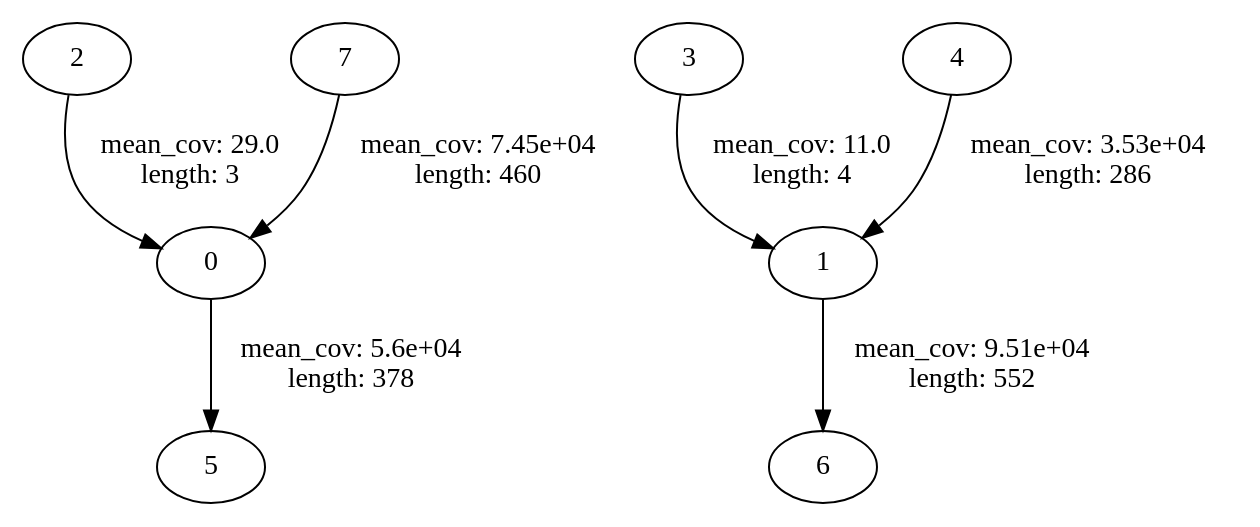
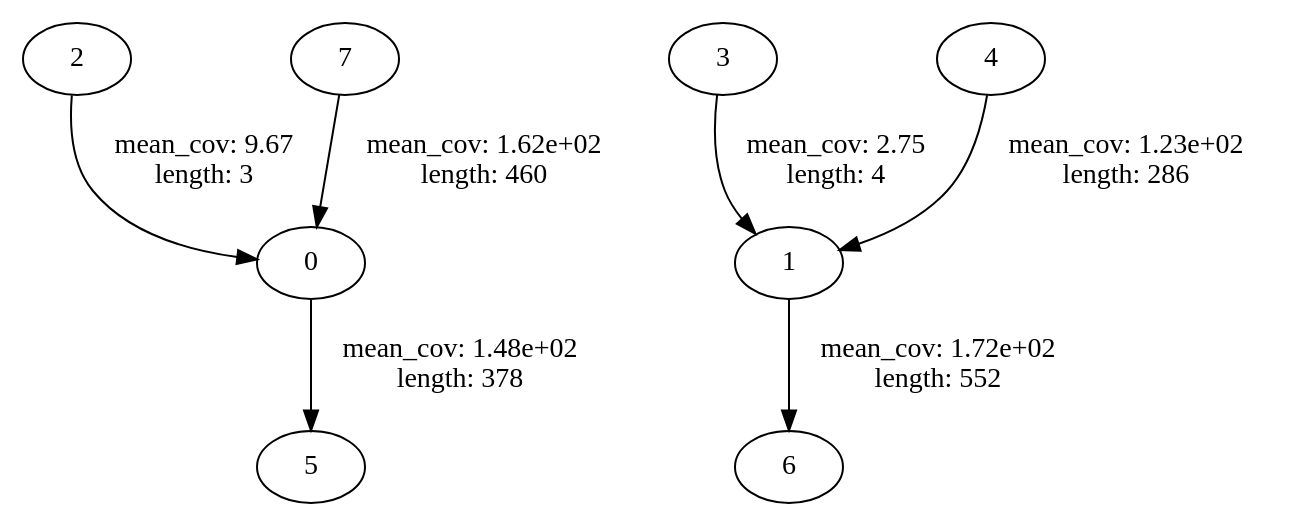
The diagram in hw5/data/s_6.first1000.no_dead_ends.dot (isheshukov/bioinf-ngs-course), drawn with Graphviz before and after one commit. The commit also changed 21 other files, not shown here.

```diff
--- a/hw5/data/s_6.first1000.no_dead_ends.dot
+++ b/hw5/data/s_6.first1000.no_dead_ends.dot
@@ -1,26 +1,26 @@
 strict digraph "" {
-	0 -> 5	 [label="mean_cov: 5.6e+04
+	0 -> 5	 [label="mean_cov: 1.48e+02
  length: 378",
 		length=378,
 		mean_cov=148.0978835978836];
-	1 -> 6	 [label="mean_cov: 9.51e+04
+	1 -> 6	 [label="mean_cov: 1.72e+02
  length: 552",
 		length=552,
 		mean_cov=172.3586956521739];
-	2 -> 0	 [label="mean_cov: 29.0
+	2 -> 0	 [label="mean_cov: 9.67
  length: 3",
 		length=3,
 		mean_cov=9.666666666666666];
-	3 -> 1	 [label="mean_cov: 11.0
+	3 -> 1	 [label="mean_cov: 2.75
  length: 4",
 		length=4,
 		mean_cov=2.75];
-	4 -> 1	 [label="mean_cov: 3.53e+04
+	4 -> 1	 [label="mean_cov: 1.23e+02
  length: 286",
 		length=286,
 		mean_cov=123.48251748251748];
-	7 -> 0	 [label="mean_cov: 7.45e+04
+	7 -> 0	 [label="mean_cov: 1.62e+02
  length: 460",
 		length=460,
 		mean_cov=161.90652173913043];
 }
```
